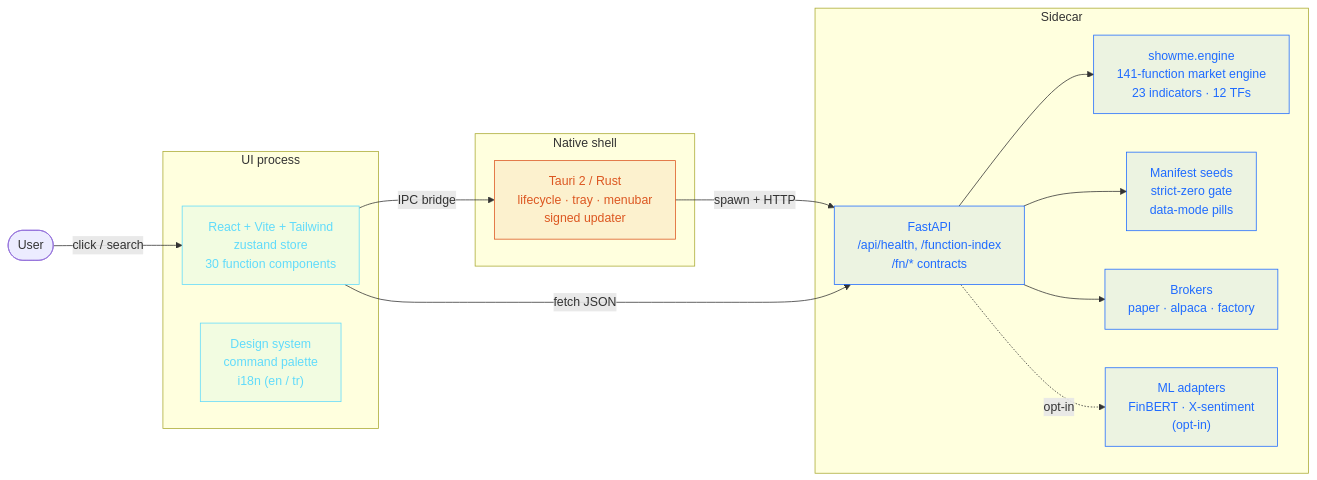
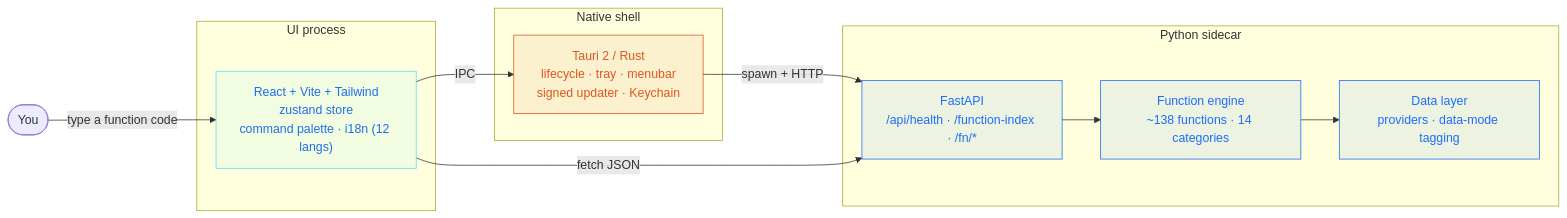
Before and after one commit to nazmiefearmutcu/showMe: the diagram in README.md, drawn with Mermaid. The commit also changed other lines of this file, not shown here.

````diff
--- a/README.md
+++ b/README.md
@@ -38,35 +150,26 @@
 ```mermaid
 flowchart LR
+    user(["You"]) -->|type a function code| react
     subgraph shell["Native shell"]
-      tauri["Tauri 2 / Rust<br/>lifecycle · tray · menubar<br/>signed updater"]
+      tauri["Tauri 2 / Rust<br/>lifecycle · tray · menubar<br/>signed updater · Keychain"]
     end
-
     subgraph ui["UI process"]
-      react["React + Vite + Tailwind<br/>zustand store<br/>30 function components"]
-      ds["Design system<br/>command palette<br/>i18n (en / tr)"]
+      react["React + Vite + Tailwind<br/>zustand store<br/>command palette · i18n (12 langs)"]
     end
-
-    subgraph backend["Sidecar"]
-      fastapi["FastAPI<br/>/api/health, /function-index<br/>/fn/* contracts"]
-      engine["showme.engine<br/>141-function market engine<br/>23 indicators · 12 TFs"]
-      manifest["Manifest seeds<br/>strict-zero gate<br/>data-mode pills"]
-      brokers["Brokers<br/>paper · alpaca · factory"]
-      ml["ML adapters<br/>FinBERT · X-sentiment<br/>(opt-in)"]
+    subgraph backend["Python sidecar"]
+      fastapi["FastAPI<br/>/api/health · /function-index · /fn/*"]
+      engine["Function engine<br/>~138 functions · 14 categories"]
+      data["Data layer<br/>providers · data-mode tagging"]
     end
-
-    user(["User"]) -->|click / search| react
-    react -->|IPC bridge| tauri
+    react -->|IPC| tauri
     tauri -->|spawn + HTTP| fastapi
-    fastapi --> engine
-    fastapi --> manifest
-    fastapi --> brokers
-    fastapi -.opt-in.-> ml
     react -->|fetch JSON| fastapi
+    fastapi --> engine --> data
 
     classDef shellNode fill:#dc572115,stroke:#dc5721,color:#dc5721
-    classDef uiNode fill:#61dbfb15,stroke:#61dbfb,color:#61dbfb
+    classDef uiNode fill:#61dafb15,stroke:#61dafb,color:#1f6feb
     classDef beNode fill:#1f6bff15,stroke:#1f6bff,color:#1f6bff
     class tauri shellNode
-    class react,ds uiNode
-    class fastapi,engine,manifest,brokers,ml beNode
+    class react uiNode
+    class fastapi,engine,data beNode
 ```
````
